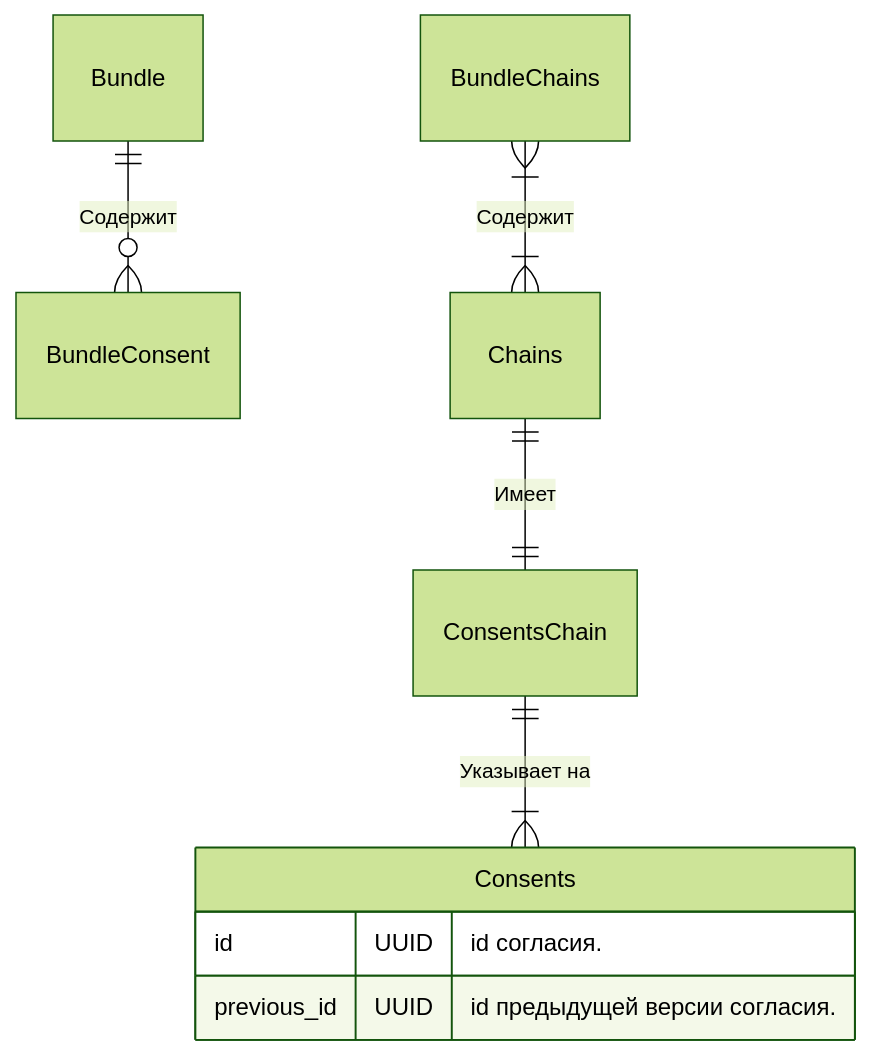
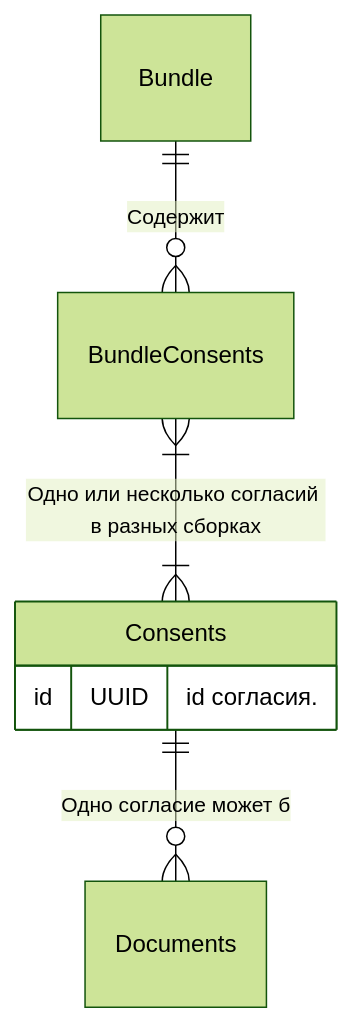
The diagram in docs/er_diagramm.md (pyntropy/consent_management_platform), drawn with Mermaid (forest theme) before and after one commit. The commit also changed 12 other files, not shown here.

Commit message:
Добавлены диаграммы классов и сущностей БД

````diff
--- a/docs/er_diagramm.md
+++ b/docs/er_diagramm.md
@@ -1,13 +1,11 @@
  ```mermaid
   erDiagram
-    Bundle ||--o{ BundleConsent: "Содержит"
-    BundleChains }|--|{ Chains: "Содержит"
+    Bundle ||--o{ BundleConsents: "Содержит"
+    BundleConsents }|--|{ Consents: "Одно или несколько согласий в разных сборках"
 
-    Chains ||--|| ConsentsChain: "Имеет"
-    ConsentsChain ||--|{ Consents: "Указывает на"
+    Consents ||--o{ Documents: "Одно согласие может б"
  
     Consents {
         id UUID "id согласия."
-        previous_id UUID "id предыдущей версии согласия."
     }
  ```
````
